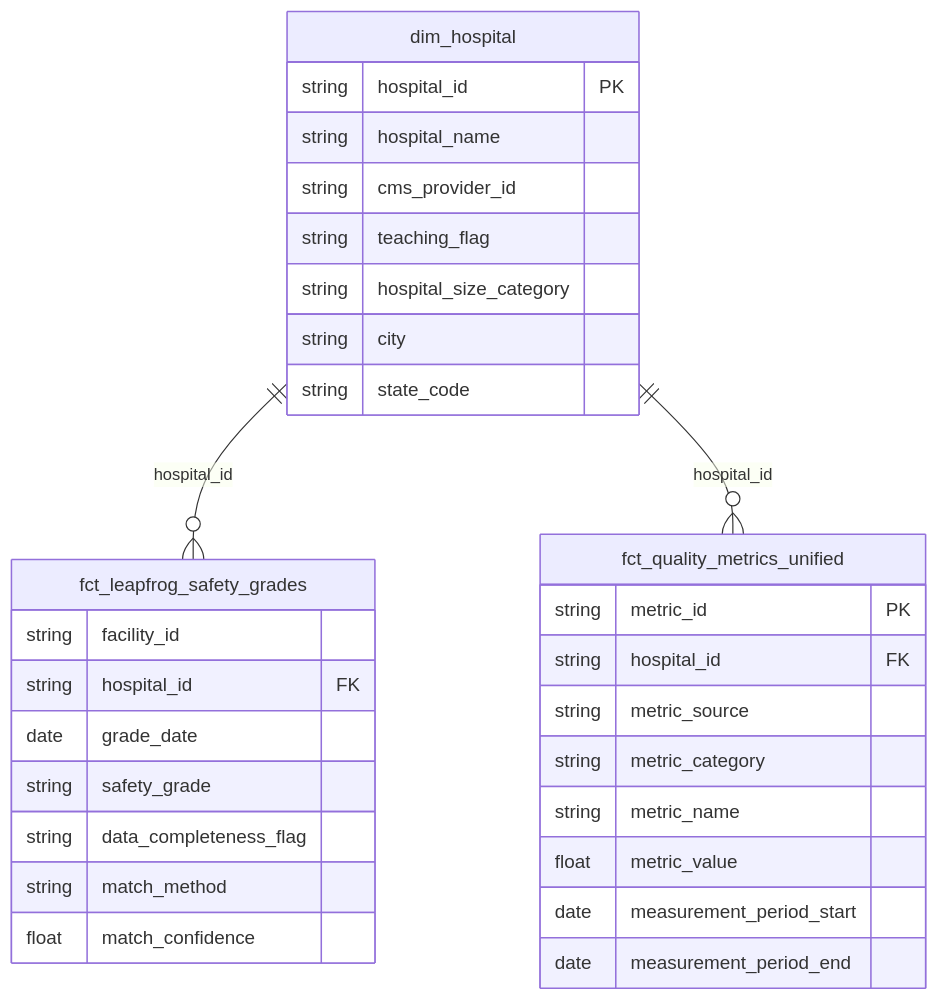
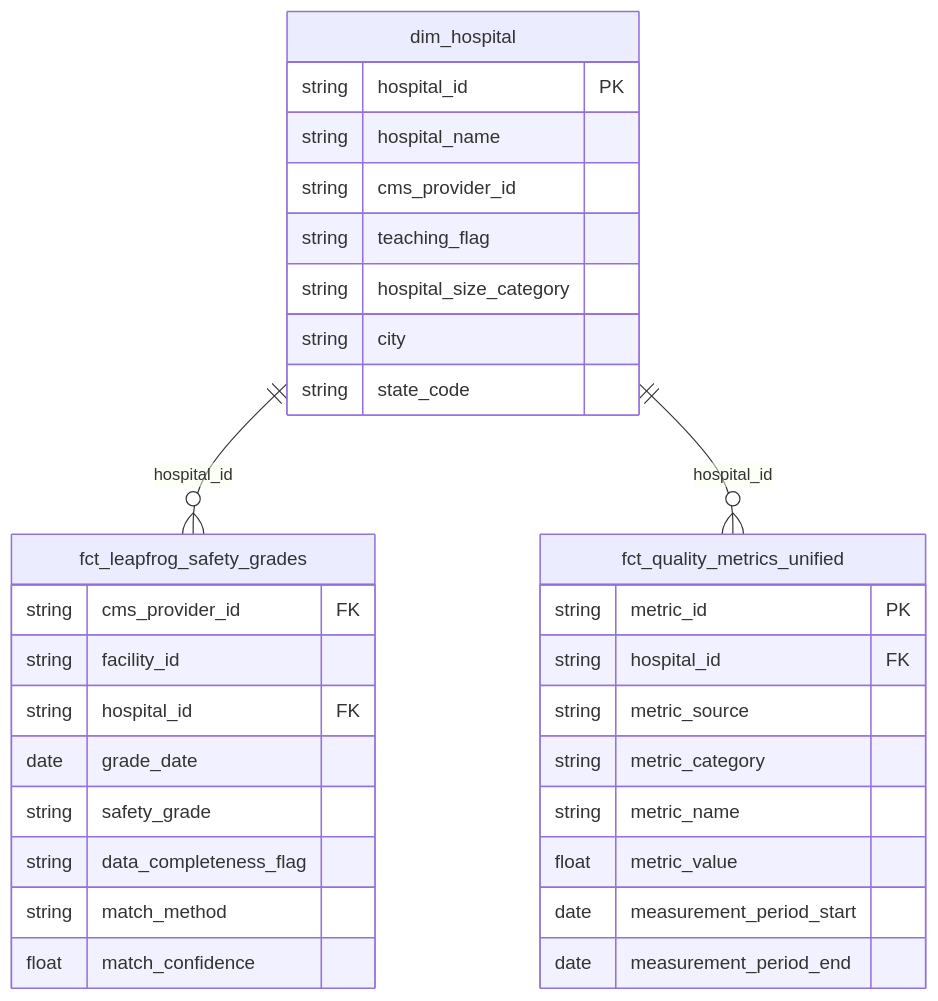
The second of 2 diagrams in statista_projects/domains/health_care/README.md (victoredo/Statista_case_study), drawn with Mermaid before and after one commit. The commit also changed 1 other file, not shown here.

Commit message:
dim hospital contract

````diff
--- a/statista_projects/domains/health_care/README.md
+++ b/statista_projects/domains/health_care/README.md
@@ -110,37 +110,38 @@
 ```mermaid
 erDiagram
   dim_hospital {
     string hospital_id PK
     string hospital_name
     string cms_provider_id
     string teaching_flag
     string hospital_size_category
     string city
     string state_code
   }
 
   fct_leapfrog_safety_grades {
+    string cms_provider_id FK
     string facility_id
     string hospital_id FK
     date grade_date
     string safety_grade
     string data_completeness_flag
     string match_method
     float match_confidence
   }
 
   fct_quality_metrics_unified {
     string metric_id PK
     string hospital_id FK
     string metric_source
     string metric_category
     string metric_name
     float metric_value
     date measurement_period_start
     date measurement_period_end
   }
 
   dim_hospital ||--o{ fct_leapfrog_safety_grades : hospital_id
  
   dim_hospital ||--o{ fct_quality_metrics_unified : hospital_id
 ```
````
